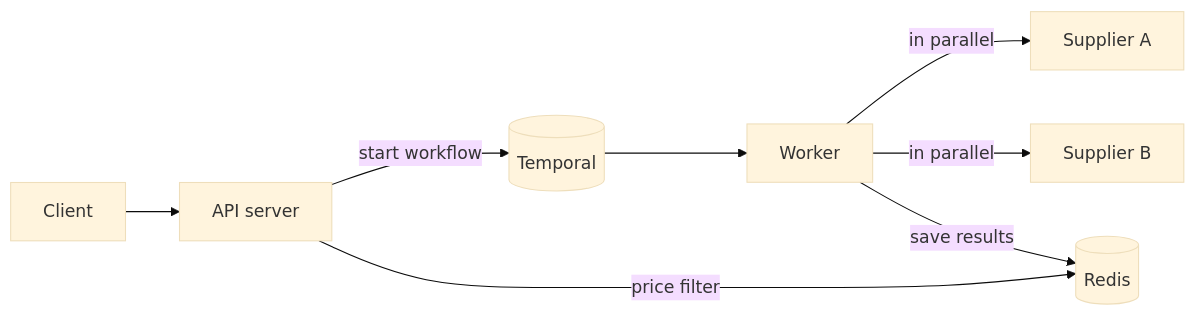
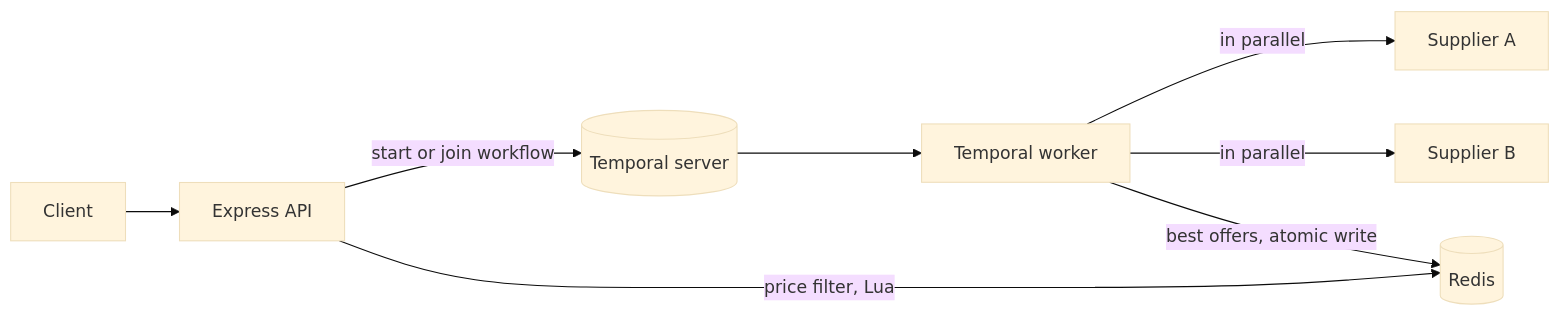
The diagram in docs/diagrams/architecture.mmd (Vanisha-vc5/hotel-offer-orchestrator), drawn with Mermaid (base theme) before and after one commit. The commit also changed 24 other files, not shown here.

```diff
--- a/docs/diagrams/architecture.mmd
+++ b/docs/diagrams/architecture.mmd
@@ -1,8 +1,8 @@
 flowchart LR
-    Client --> API[API server]
-    API -- start workflow --> Temporal[(Temporal)]
-    Temporal --> Worker
+    Client --> API[Express API]
+    API -- start or join workflow --> Temporal[(Temporal server)]
+    Temporal --> Worker[Temporal worker]
     Worker -- in parallel --> A[Supplier A]
     Worker -- in parallel --> B[Supplier B]
-    Worker -- save results --> Redis[(Redis)]
-    API -- price filter --> Redis
+    Worker -- best offers, atomic write --> Redis[(Redis)]
+    API -- price filter, Lua --> Redis
```
